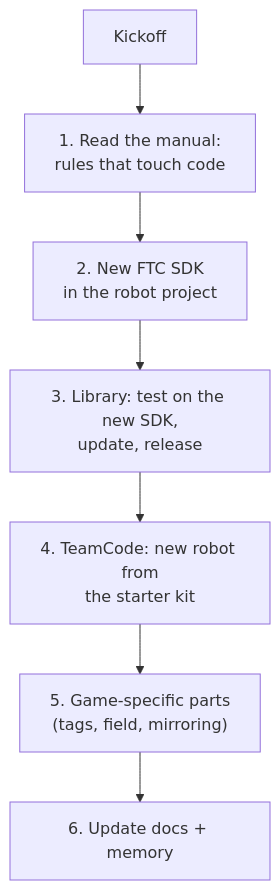
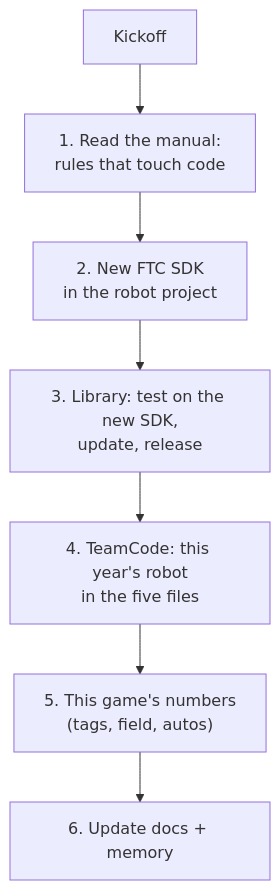
One commit to crossbotics/ftc-helper-lib changed the diagram in docs/guides/new-season.md. Above: the diagram before and after it, drawn with Mermaid. The commit also changed other lines of this file and 377 other files, not shown here.

````diff
--- a/docs/guides/new-season.md
+++ b/docs/guides/new-season.md
@@ -11,9 +11,9 @@
 ```mermaid
 flowchart TB
     K["Kickoff"] --> M["1. Read the manual:<br/>rules that touch code"]
     M --> S["2. New FTC SDK<br/>in the robot project"]
     S --> L["3. Library: test on the new SDK,<br/>update, release"]
-    L --> T["4. TeamCode: new robot from<br/>the starter kit"]
-    T --> V["5. Game-specific parts<br/>(tags, field, mirroring)"]
+    L --> T["4. TeamCode: this year's robot<br/>in the five files"]
+    T --> V["5. This game's numbers<br/>(tags, field, autos)"]
     V --> D["6. Update docs + memory"]
 ```
````
